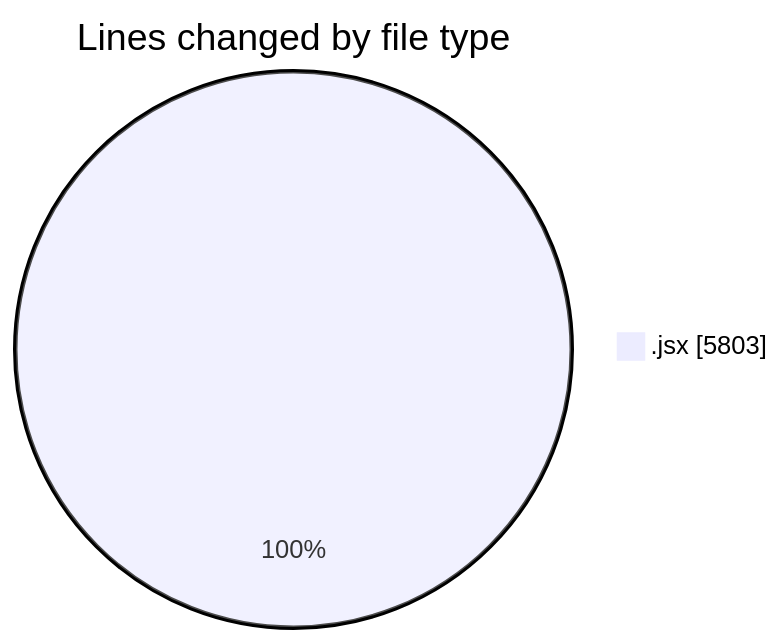
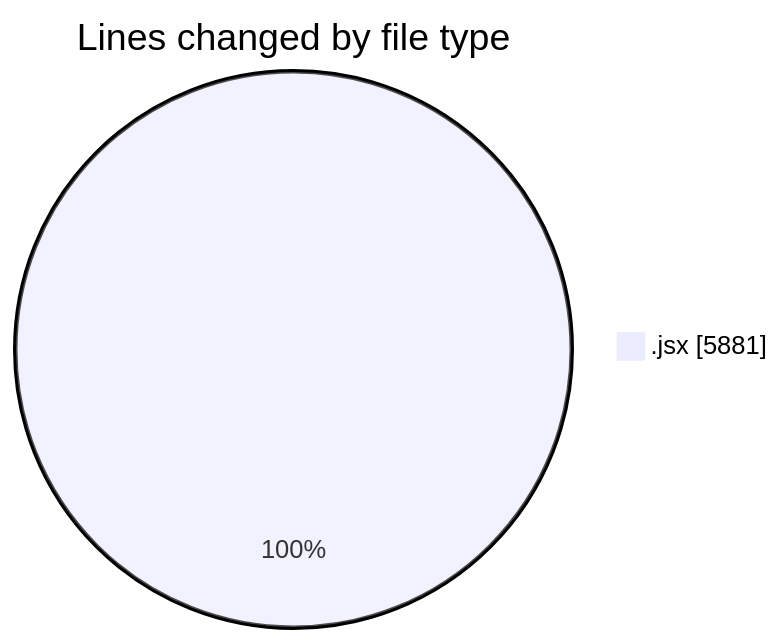
One commit to nxtqubesakshisongat/code-tracking changed the first of 2 diagrams in 2025-07-08/argos/README.md. Above: the diagram before and after it, drawn with Mermaid. The commit also changed other lines of this file and 1 other file, not shown here.

````diff
--- a/2025-07-08/argos/README.md
+++ b/2025-07-08/argos/README.md
@@ -26,5 +26,5 @@
 ```mermaid
 pie showData
 title Lines changed by file type
-".jsx" : 5803
+".jsx" : 5881
 ```
````
